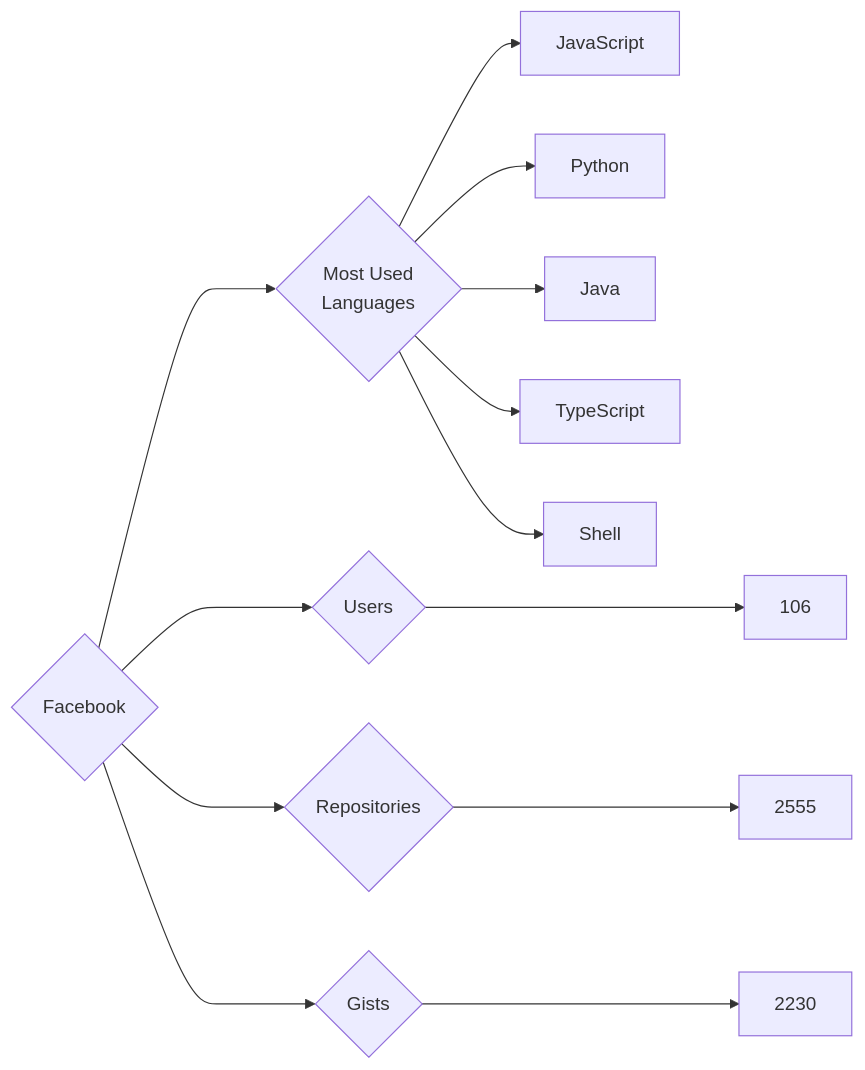
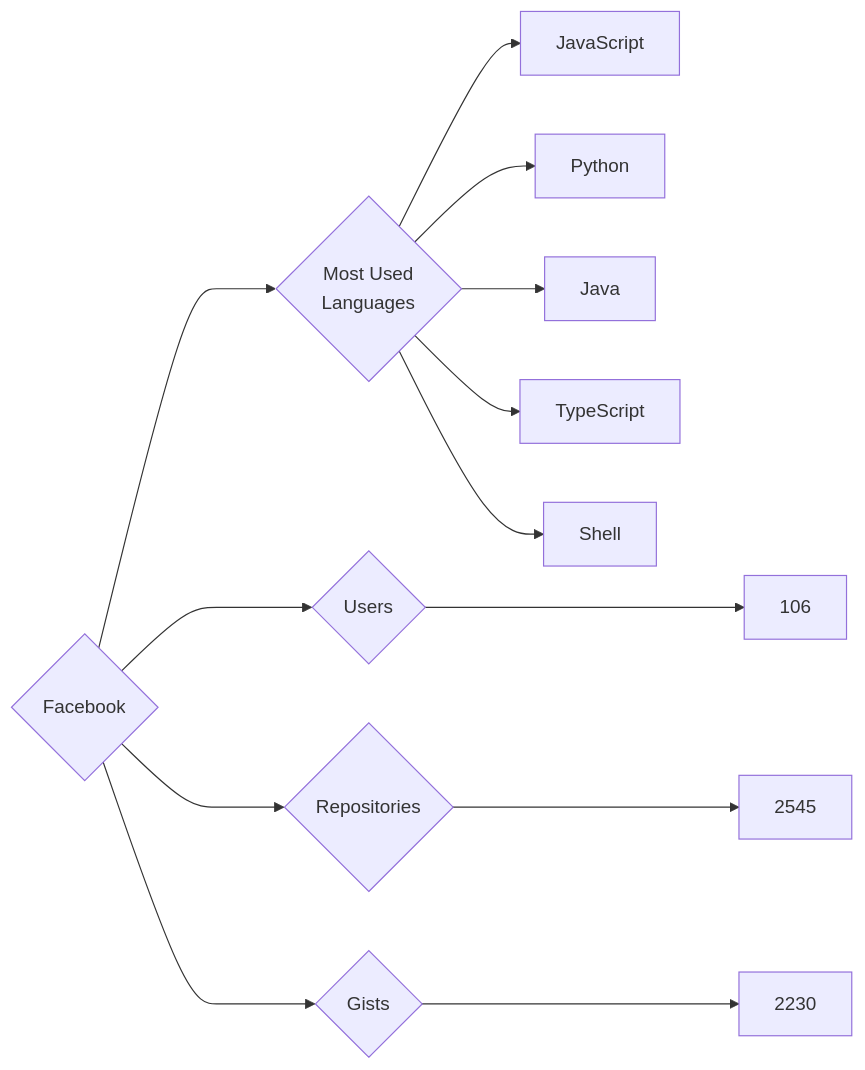
The diagram in targets/Facebook/README.md (trickest/insiders), drawn with Mermaid before and after one commit. The commit also changed 594 other files, not shown here.

````diff
--- a/targets/Facebook/README.md
+++ b/targets/Facebook/README.md
@@ -3,13 +3,13 @@
 ```mermaid
 graph LR
 COMPANY_NAME{Facebook}
 COMPANY_NAME ---> U{Users} ---> UN[106]
-COMPANY_NAME ---> R{Repositories} ---> RN[2555]
+COMPANY_NAME ---> R{Repositories} ---> RN[2545]
 COMPANY_NAME ---> G{Gists} ---> GN[2230]
 COMPANY_NAME ---> ML{Most Used<br>Languages}
 ML --> JavaScript[JavaScript]
 ML --> Python[Python]
 ML --> Java[Java]
 ML --> TypeScript[TypeScript]
 ML --> Shell[Shell]
 ```
````
